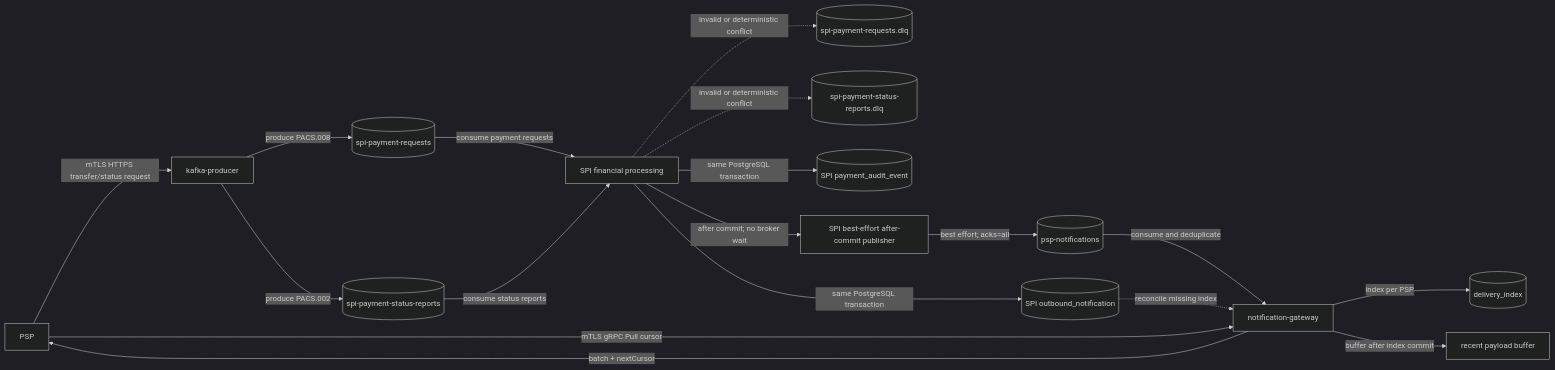
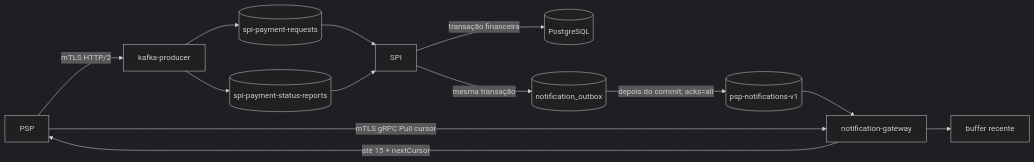
Before and after one commit to borgeskauan/instant-payment-system: the diagram in docs/KAFKA_MESSAGE_FLOW.md, drawn with Mermaid (dark theme). The commit also changed other lines of this file and 80 other files, not shown here.

Commit message:
feat: use Kafka as durable notification log

````diff
--- a/docs/KAFKA_MESSAGE_FLOW.md
+++ b/docs/KAFKA_MESSAGE_FLOW.md
@@ -6,35 +5,26 @@
 ```mermaid
 flowchart LR
-    PSP["PSP"]
-    Producer["kafka-producer"]
-    PaymentRequests[("spi-payment-requests")]
-    StatusReports[("spi-payment-status-reports")]
-    PaymentRequestsDlq[("spi-payment-requests.dlq")]
-    StatusReportsDlq[("spi-payment-status-reports.dlq")]
-    SPI["SPI financial processing"]
-    Audit[("SPI payment_audit_event")]
-    Outbound[("SPI outbound_notification")]
-    FastPath["SPI best-effort after-commit publisher"]
-    Notifications[("psp-notifications")]
-    Gateway["notification-gateway"]
-    Delivery[("delivery_index")]
-    Buffer["recent payload buffer"]
+    PSP[PSP]
+    Ingress[kafka-producer]
+    P008[(spi-payment-requests)]
+    P002[(spi-payment-status-reports)]
+    SPI[SPI]
+    DB[(PostgreSQL)]
+    Outbox[(notification_outbox)]
+    NotificationLog[(psp-notifications-v1)]
+    Gateway[notification-gateway]
+    Memory[buffer recente]
 
-    PSP -->|"mTLS HTTPS transfer/status request"| Producer
-    Producer -->|"produce PACS.008"| PaymentRequests
-    Producer -->|"produce PACS.002"| StatusReports
-    PaymentRequests -->|"consume payment requests"| SPI
-    StatusReports -->|"consume status reports"| SPI
-    SPI -.->|"invalid or deterministic conflict"| PaymentRequestsDlq
-    SPI -.->|"invalid or deterministic conflict"| StatusReportsDlq
-    SPI -->|"same PostgreSQL transaction"| Audit
-    SPI -->|"same PostgreSQL transaction"| Outbound
-    SPI -->|"after commit; no broker wait"| FastPath
-    FastPath -->|"best effort; acks=all"| Notifications
-    Notifications -->|"consume and deduplicate"| Gateway
-    Gateway -->|"index per PSP"| Delivery
-    Outbound -.->|"reconcile missing index"| Gateway
-    Gateway -->|"buffer after index commit"| Buffer
-    PSP -->|"mTLS gRPC Pull cursor"| Gateway
-    Gateway -->|"batch + nextCursor"| PSP
+    PSP -->|mTLS HTTP/2| Ingress
+    Ingress --> P008
+    Ingress --> P002
+    P008 --> SPI
+    P002 --> SPI
+    SPI -->|transação financeira| DB
+    SPI -->|mesma transação| Outbox
+    Outbox -->|depois do commit; acks=all| NotificationLog
+    NotificationLog --> Gateway
+    Gateway --> Memory
+    PSP -->|mTLS gRPC Pull cursor| Gateway
+    Gateway -->|até 15 + nextCursor| PSP
 ```
````
